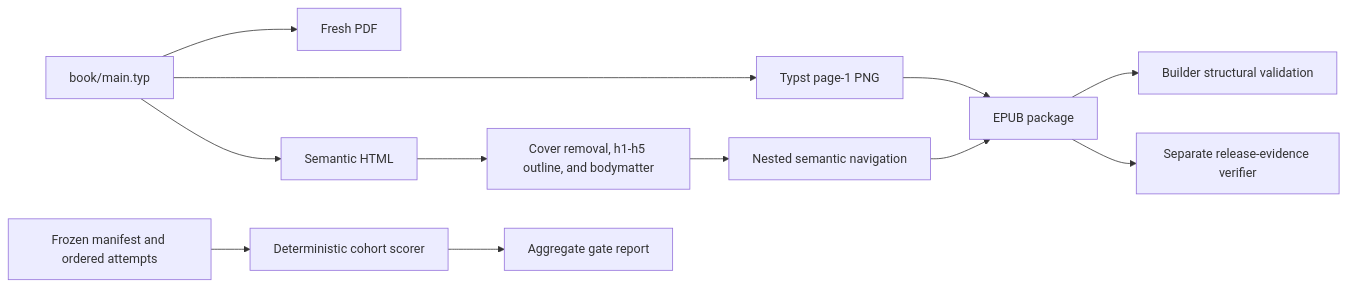
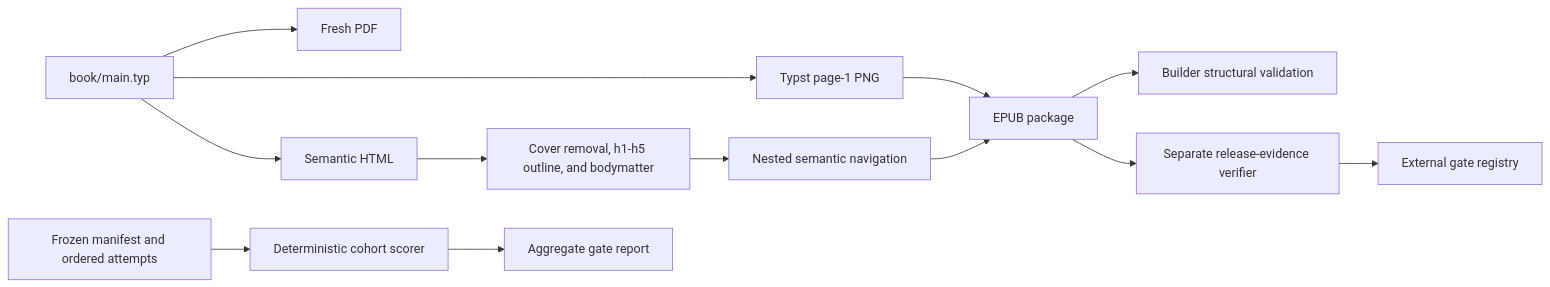
One commit to streamentry/streamentry changed the first of 5 diagrams in scripts/AGENTS.md. Above: the diagram before and after it, drawn with Mermaid. The commit also changed other lines of this file and 32 other files, not shown here.

````diff
--- a/scripts/AGENTS.md
+++ b/scripts/AGENTS.md
@@ -29,14 +31,15 @@
 ```mermaid
 flowchart LR
   T["book/main.typ"] --> P["Fresh PDF"]
   T --> C["Typst page-1 PNG"]
   T --> H["Semantic HTML"]
   H --> X["Cover removal, h1-h5 outline, and bodymatter"]
   X --> N["Nested semantic navigation"]
   N --> E["EPUB package"]
   C --> E
   E --> V["Builder structural validation"]
   E --> W["Separate release-evidence verifier"]
+  W --> Q["External gate registry"]
   R["Frozen manifest and ordered attempts"] --> S["Deterministic cohort scorer"]
   S --> G["Aggregate gate report"]
 ```
````
